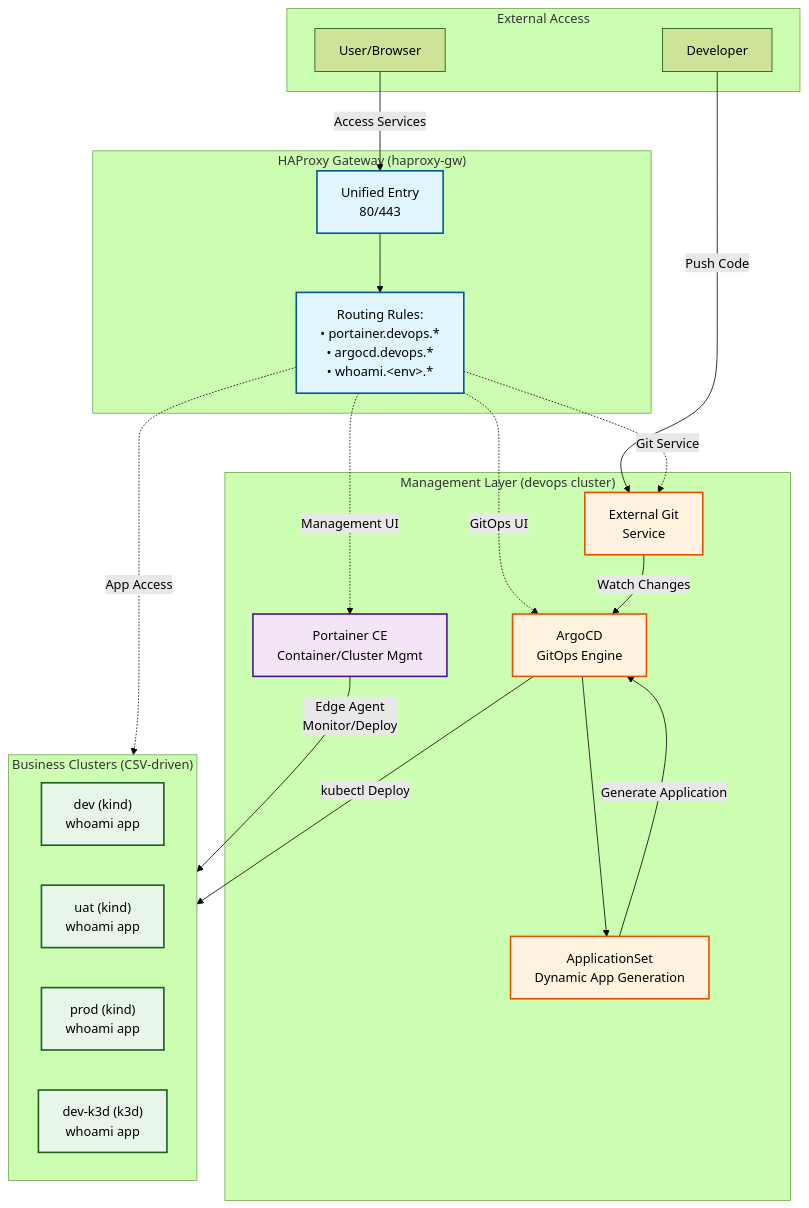
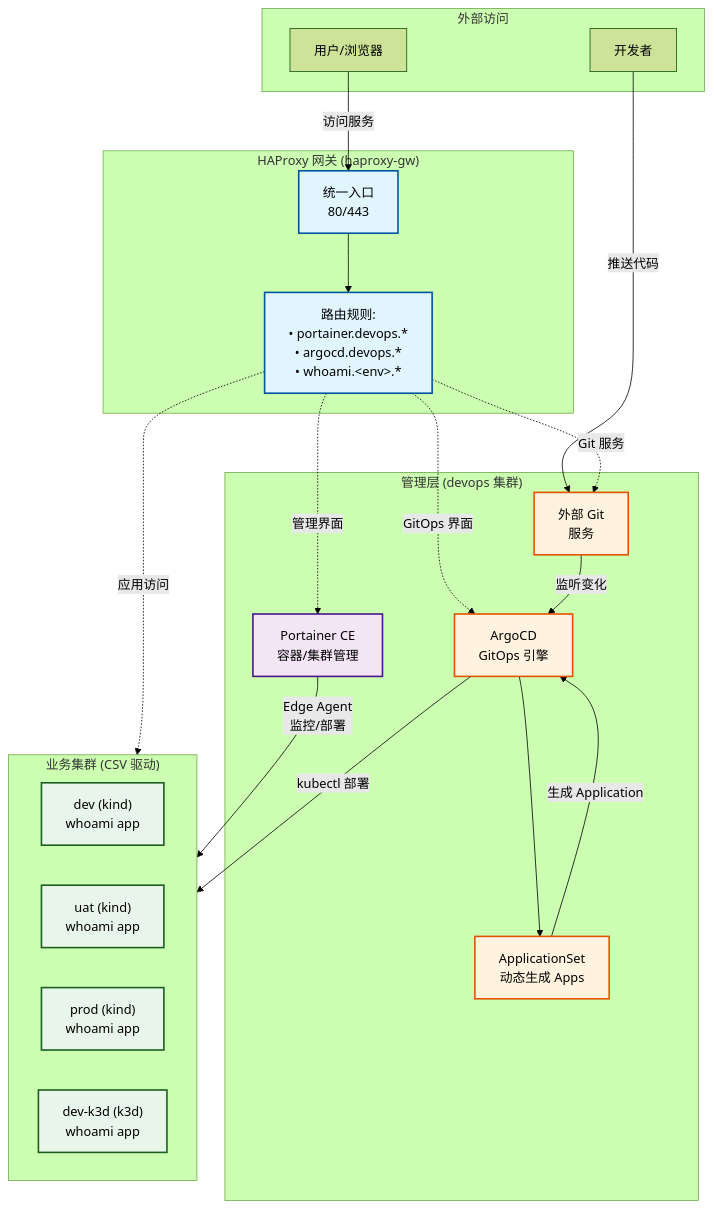
One commit to HofmannHe/Kindler changed the first of 2 diagrams in README.md. Above: the diagram before and after it, drawn with Mermaid (forest theme). The commit also changed other lines of this file and 113 other files, not shown here.

````diff
--- a/README.md
+++ b/README.md
@@ -29,52 +38,52 @@
 ```mermaid
 graph TB
-    subgraph External["External Access"]
-        USER[User/Browser]
-        DEV[Developer]
+    subgraph External["外部访问"]
+        USER[用户/浏览器]
+        DEV[开发者]
     end
 
-    subgraph Gateway["HAProxy Gateway (haproxy-gw)"]
-        HAP[Unified Entry<br/>80/443]
-        ROUTES["Routing Rules:<br/>• portainer.devops.*<br/>• argocd.devops.*<br/>• whoami.&lt;env&gt;.*"]
+    subgraph Gateway["HAProxy 网关 (haproxy-gw)"]
+        HAP[统一入口<br/>80/443]
+        ROUTES["路由规则:<br/>• portainer.devops.*<br/>• argocd.devops.*<br/>• whoami.&lt;env&gt;.*"]
     end
 
-    subgraph Management["Management Layer (devops cluster)"]
-        PORT[Portainer CE<br/>Container/Cluster Mgmt]
-    GITSVC[External Git<br/>Service]
-        ARGOCD[ArgoCD<br/>GitOps Engine]
-        APPSET[ApplicationSet<br/>Dynamic App Generation]
+    subgraph Management["管理层 (devops 集群)"]
+        PORT[Portainer CE<br/>容器/集群管理]
+        GITSVC[外部 Git<br/>服务]
+        ARGOCD[ArgoCD<br/>GitOps 引擎]
+        APPSET[ApplicationSet<br/>动态生成 Apps]
     end
 
-    subgraph Business["Business Clusters (CSV-driven)"]
+    subgraph Business["业务集群 (CSV 驱动)"]
         ENV1["dev (kind)<br/>whoami app"]
         ENV2["uat (kind)<br/>whoami app"]
         ENV3["prod (kind)<br/>whoami app"]
         ENV4["dev-k3d (k3d)<br/>whoami app"]
     end
 
-    USER -->|Access Services| HAP
-    DEV -->|Push Code| GITSVC
+    USER -->|访问服务| HAP
+    DEV -->|推送代码| GITSVC
 
     HAP --> ROUTES
-    ROUTES -.->|Management UI| PORT
-    ROUTES -.->|GitOps UI| ARGOCD
-    ROUTES -.->|Git Service| GITSVC
-    ROUTES -.->|App Access| Business
+    ROUTES -.->|管理界面| PORT
+    ROUTES -.->|GitOps 界面| ARGOCD
+    ROUTES -.->|Git 服务| GITSVC
+    ROUTES -.->|应用访问| Business
 
-    PORT -->|Edge Agent<br/>Monitor/Deploy| Business
+    PORT -->|Edge Agent<br/>监控/部署| Business
 
-    GITSVC -->|Watch Changes| ARGOCD
+    GITSVC -->|监听变化| ARGOCD
     ARGOCD --> APPSET
-    APPSET -->|Generate Application| ARGOCD
-    ARGOCD -->|kubectl Deploy| Business
+    APPSET -->|生成 Application| ARGOCD
+    ARGOCD -->|kubectl 部署| Business
 
     classDef gateway fill:#e1f5ff,stroke:#01579b,stroke-width:2px
     classDef management fill:#f3e5f5,stroke:#4a148c,stroke-width:2px
     classDef business fill:#e8f5e9,stroke:#1b5e20,stroke-width:2px
     classDef gitops fill:#fff3e0,stroke:#e65100,stroke-width:2px
 
     class HAP,ROUTES gateway
     class PORT management
     class GITSVC,ARGOCD,APPSET gitops
     class ENV1,ENV2,ENV3,ENV4 business
 ```
````
